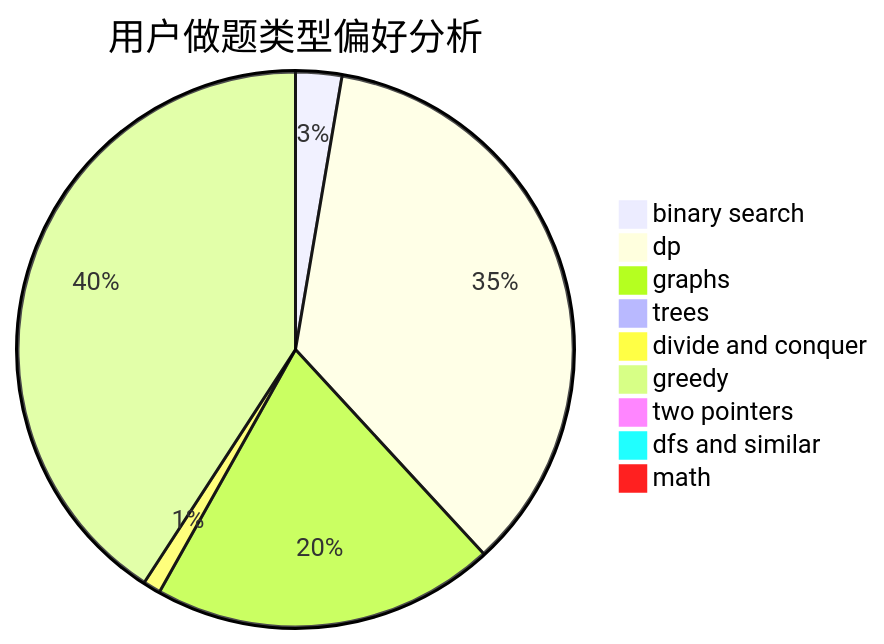
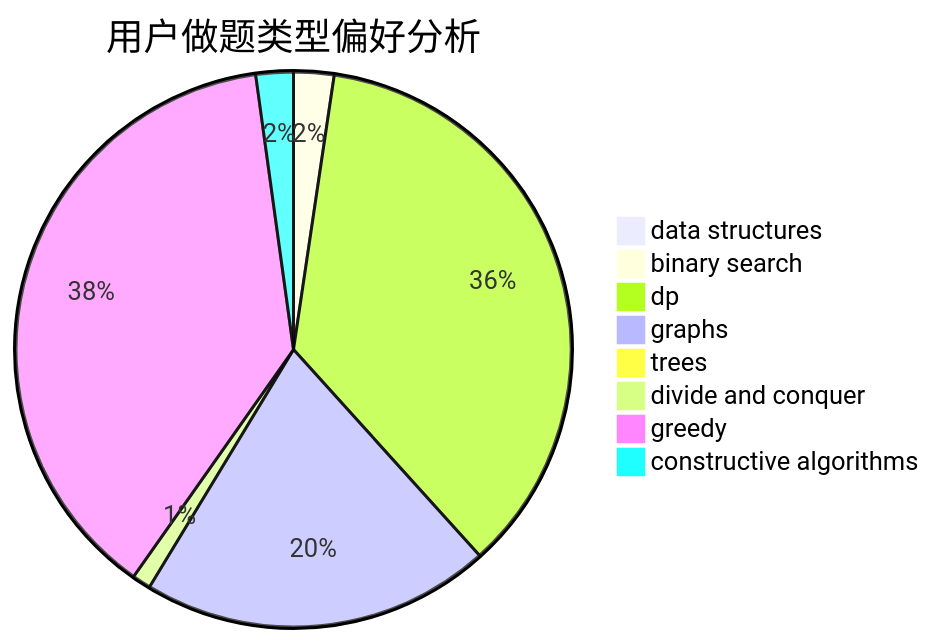
The second of 3 diagrams in docs/user/u1675.md (sherpahu/cfrs.github.io), drawn with Mermaid before and after one commit. The commit also changed other lines of this file and 2775 other files, not shown here.

````diff
--- a/docs/user/u1675.md
+++ b/docs/user/u1675.md
@@ -23,12 +23,11 @@
 ```mermaid
 pie title 用户做题类型偏好分析
-    "binary search" :  34
-    "dp" :  449
-    "graphs" :  253
-    "trees" :  6
+    "data structures" :  9
+    "binary search" :  28
+    "dp" :  429
+    "graphs" :  243
+    "trees" :  0
     "divide and conquer" :  13
-    "greedy" :  517
-    "two pointers" :  2
-    "dfs and similar" :  4
-    "math" :  4
+    "greedy" :  454
+    "constructive algorithms" :  26
 ```
````
